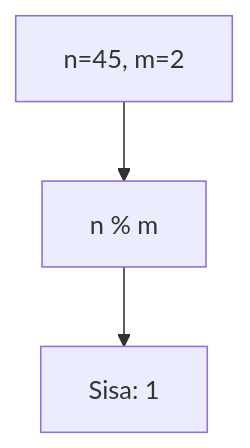
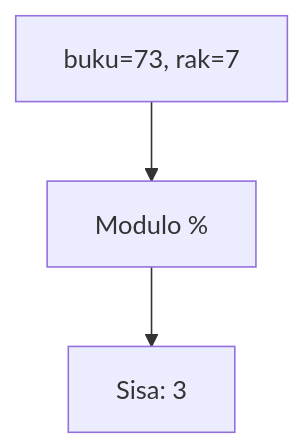
Before and after one commit to amnahwaida/OSNK_INF_PREP: diagram 17 of 25 in part-c-pemahaman-cpp/01-tipe-data/latihan/set-06.md, drawn with Mermaid. The commit also changed other lines of this file and 71 other files, not shown here.

````diff
--- a/part-c-pemahaman-cpp/01-tipe-data/latihan/set-06.md
+++ b/part-c-pemahaman-cpp/01-tipe-data/latihan/set-06.md
@@ -460,5 +481,5 @@
 ```mermaid
 graph TD
-A["n=45, m=2"] --> B["n % m"]
-B --> C["Sisa: 1"]
+A["buku=73, rak=7"] --> B["Modulo %"]
+B --> C["Sisa: 3"]
 ```
````
